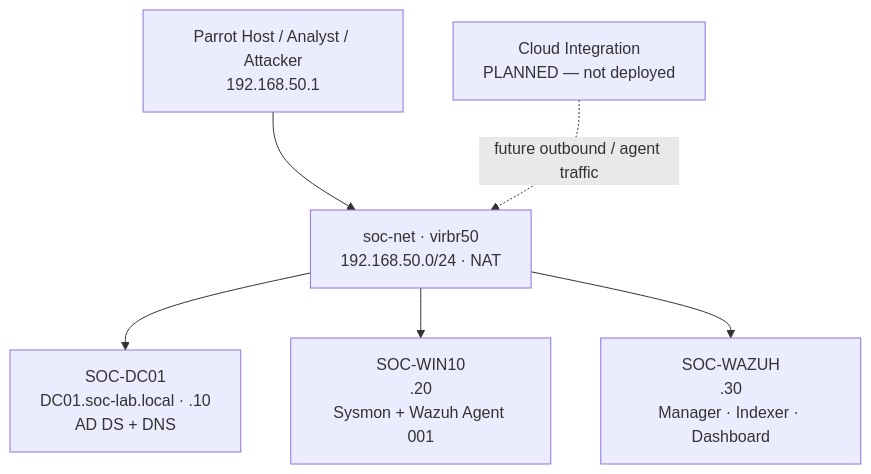
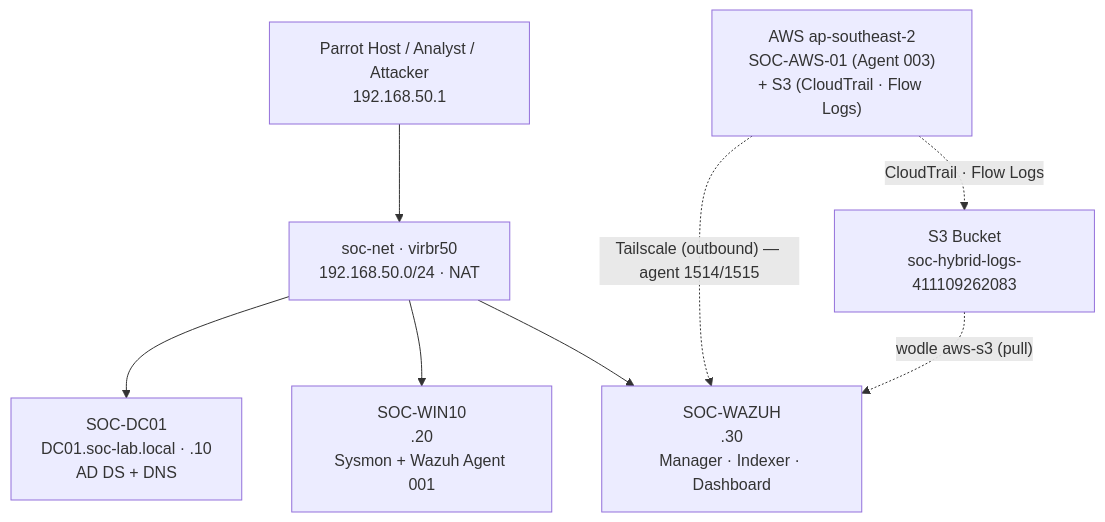
One commit to nnam099/enterprise-soc-detection-ir-lab changed the diagram in architecture/topology.md. Above: the diagram before and after it, drawn with Mermaid. The commit also changed other lines of this file and 39 other files, not shown here.

First line of the commit message:
Add hybrid cloud integration (Recommendation #1) + course report docs

````diff
--- a/architecture/topology.md
+++ b/architecture/topology.md
@@ -3,15 +3,18 @@
 ```mermaid
 flowchart TD
     P["Parrot Host / Analyst / Attacker<br/>192.168.50.1"]
     N["soc-net · virbr50<br/>192.168.50.0/24 · NAT"]
     D["SOC-DC01<br/>DC01.soc-lab.local · .10<br/>AD DS + DNS"]
     W["SOC-WIN10<br/>.20<br/>Sysmon + Wazuh Agent 001"]
     Z["SOC-WAZUH<br/>.30<br/>Manager · Indexer · Dashboard"]
-    C["Cloud Integration<br/>PLANNED — not deployed"]
+    C["AWS ap-southeast-2<br/>SOC-AWS-01 (Agent 003)<br/>+ S3 (CloudTrail · Flow Logs)"]
+    S3["S3 Bucket<br/>soc-hybrid-logs-411109262083"]
 
     P --> N
     N --> D
     N --> W
     N --> Z
-    C -.->|"future outbound / agent traffic"| N
+    C -.->|"Tailscale (outbound) — agent 1514/1515"| Z
+    C -.->|"CloudTrail · Flow Logs"| S3
+    S3 -.->|"wodle aws-s3 (pull)"| Z
 ```
````
